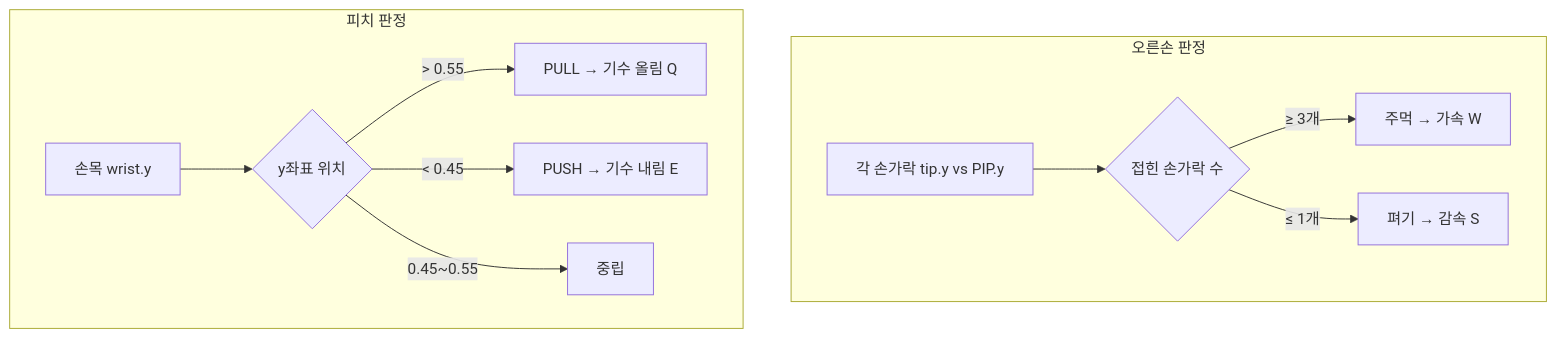
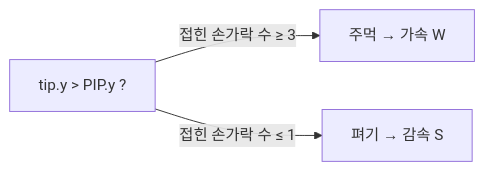
One commit to Jaehyeon-kr/Handpilot changed the first of 2 diagrams in README.md. Above: the diagram before and after it, drawn with Mermaid. The commit also changed other lines of this file and 27 other files, not shown here.

````diff
--- a/README.md
+++ b/README.md
@@ -57,14 +77,5 @@
 ```mermaid
-flowchart TB
-    subgraph 오른손 판정
-        A[각 손가락 tip.y vs PIP.y] --> B{접힌 손가락 수}
-        B -->|≥ 3개| C[주먹 → 가속 W]
-        B -->|≤ 1개| D[펴기 → 감속 S]
-    end
-    subgraph 피치 판정
-        E[손목 wrist.y] --> F{y좌표 위치}
-        F -->|> 0.55| G[PULL → 기수 올림 Q]
-        F -->|< 0.45| H[PUSH → 기수 내림 E]
-        F -->|0.45~0.55| I[중립]
-    end
+flowchart LR
+    A[tip.y > PIP.y ?] -->|접힌 손가락 수 ≥ 3| B[주먹 → 가속 W]
+    A -->|접힌 손가락 수 ≤ 1| C[펴기 → 감속 S]
 ```
````
